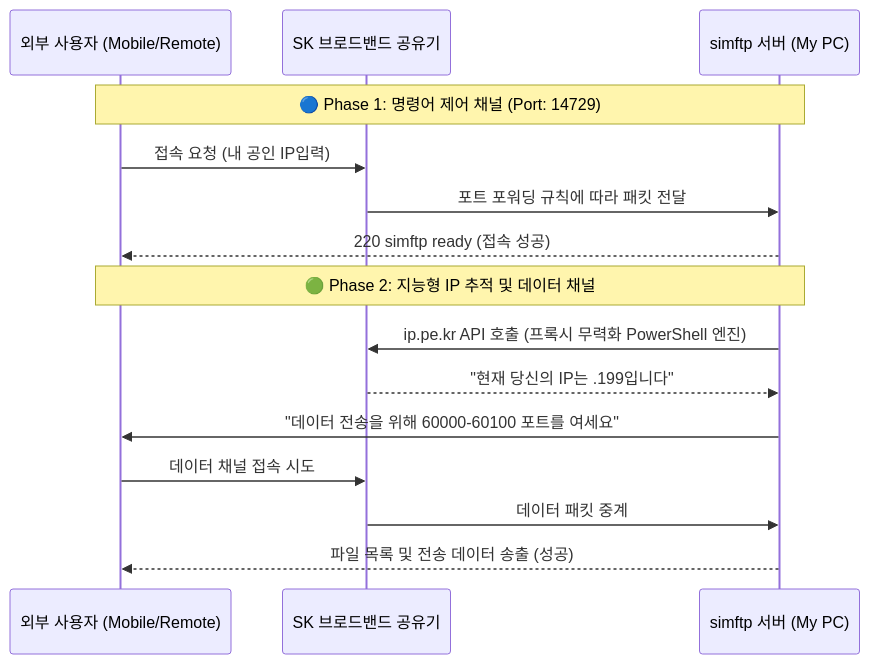
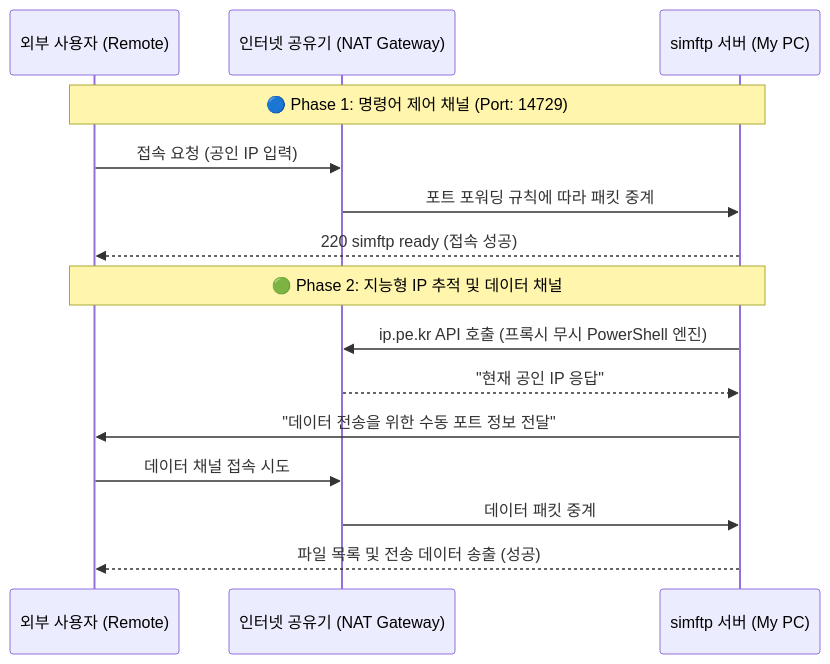
One commit to hslcrb/simftp changed the second of 2 diagrams in README.md. Above: the diagram before and after it, drawn with Mermaid. The commit also changed other lines of this file and 2 other files, not shown here.

````diff
--- a/README.md
+++ b/README.md
@@ -50,19 +50,19 @@
 ```mermaid
 sequenceDiagram
-    participant Client as 외부 사용자 (Mobile/Remote)
-    participant SK_Router as SK 브로드밴드 공유기
+    participant Client as 외부 사용자 (Remote)
+    participant Router as 인터넷 공유기 (NAT Gateway)
     participant simftp as simftp 서버 (My PC)
 
     Note over Client, simftp: 🔵 Phase 1: 명령어 제어 채널 (Port: 14729)
-    Client->>SK_Router: 접속 요청 (내 공인 IP입력)
-    SK_Router->>simftp: 포트 포워딩 규칙에 따라 패킷 전달
+    Client->>Router: 접속 요청 (공인 IP 입력)
+    Router->>simftp: 포트 포워딩 규칙에 따라 패킷 중계
     simftp-->>Client: 220 simftp ready (접속 성공)
 
     Note over Client, simftp: 🟢 Phase 2: 지능형 IP 추적 및 데이터 채널
-    simftp->>SK_Router: ip.pe.kr API 호출 (프록시 무력화 PowerShell 엔진)
-    SK_Router-->>simftp: "현재 당신의 IP는 .199입니다"
-    simftp->>Client: "데이터 전송을 위해 60000-60100 포트를 여세요"
-    Client->>SK_Router: 데이터 채널 접속 시도
-    SK_Router->>simftp: 데이터 패킷 중계
+    simftp->>Router: ip.pe.kr API 호출 (프록시 무시 PowerShell 엔진)
+    Router-->>simftp: "현재 공인 IP 응답"
+    simftp->>Client: "데이터 전송을 위한 수동 포트 정보 전달"
+    Client->>Router: 데이터 채널 접속 시도
+    Router->>simftp: 데이터 패킷 중계
     simftp-->>Client: 파일 목록 및 전송 데이터 송출 (성공)
 ```
````
